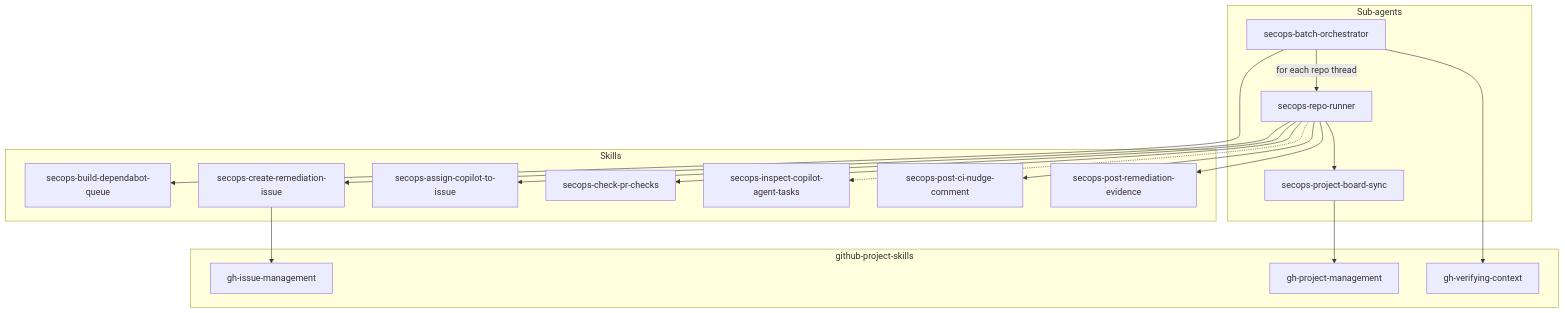
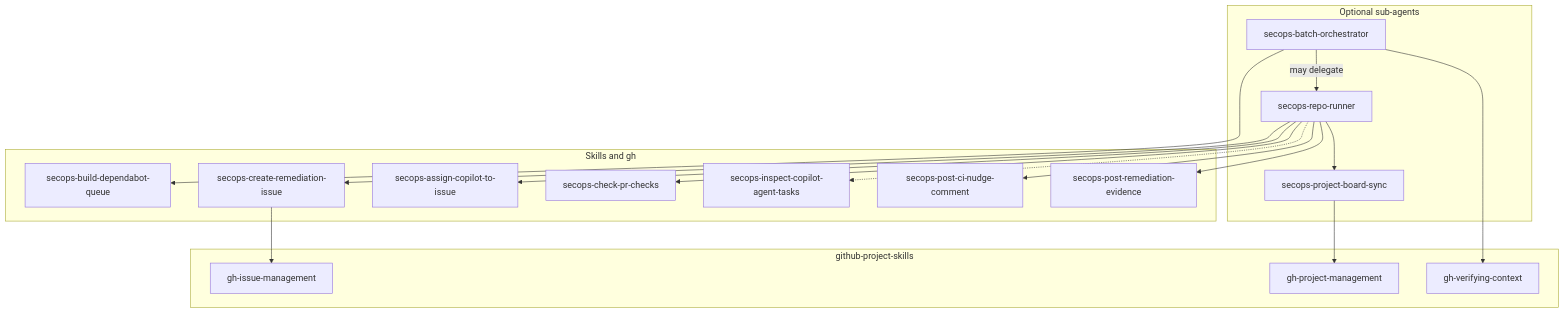
The fourth of 5 diagrams in docs/product_design.md (yu-iskw/github-secops-agent), drawn with Mermaid before and after one commit. The commit also changed other lines of this file and 30 other files, not shown here.

````diff
--- a/docs/product_design.md
+++ b/docs/product_design.md
@@ -162,34 +188,34 @@
 ```mermaid
 flowchart TB
-  subgraph orchestration [Sub-agents]
+  subgraph orchestration [Optional sub-agents]
     BO[secops-batch-orchestrator]
     RR[secops-repo-runner]
     PS[secops-project-board-sync]
-    BO -->|for each repo thread| RR
+    BO -->|may delegate| RR
   end
-  subgraph skills [Skills]
+  subgraph skills [Skills and gh]
     SD[secops-build-dependabot-queue]
     SS[secops-create-remediation-issue]
     AC[secops-assign-copilot-to-issue]
     SC[secops-check-pr-checks]
     CAT[secops-inspect-copilot-agent-tasks]
     NG[secops-post-ci-nudge-comment]
     SE[secops-post-remediation-evidence]
   end
   subgraph plugin [github-project-skills]
     GPI[gh-issue-management]
     GPP[gh-project-management]
     GPV[gh-verifying-context]
   end
   BO --> SD
   RR --> SS
   RR --> AC
   RR --> SC
   RR -.-> CAT
   RR --> NG
   RR --> PS
   RR --> SE
   SS --> GPI
   PS --> GPP
   BO --> GPV
 ```
````
